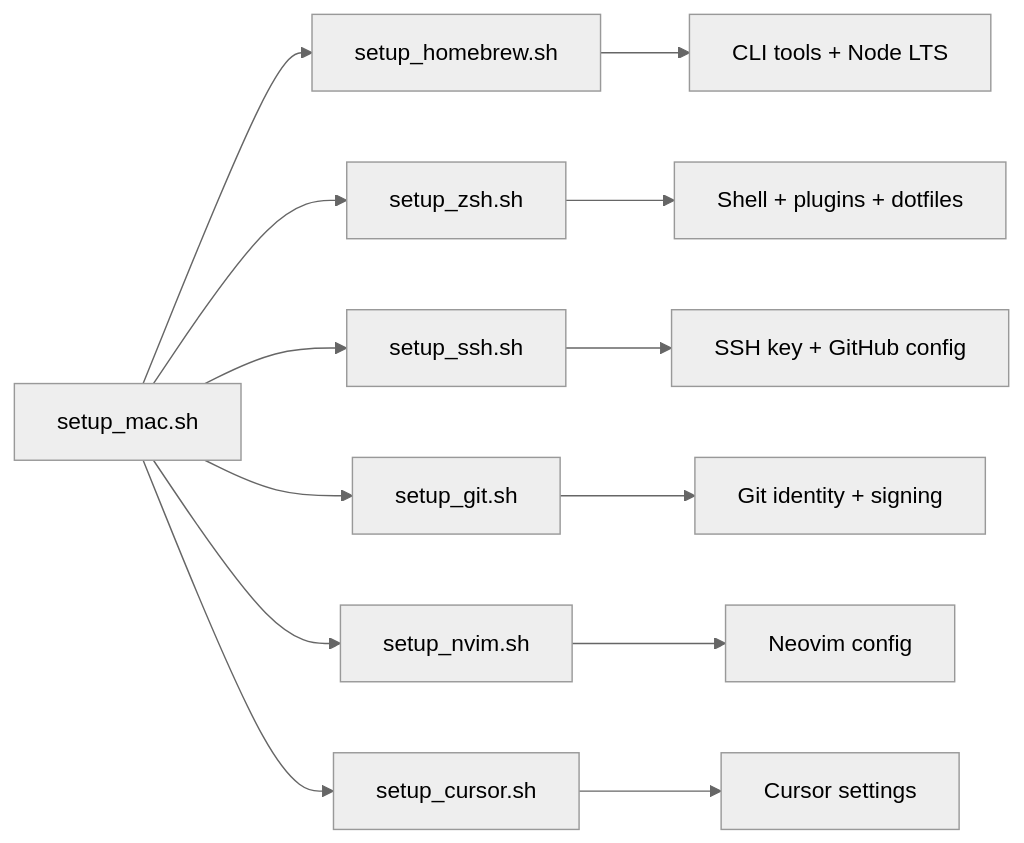
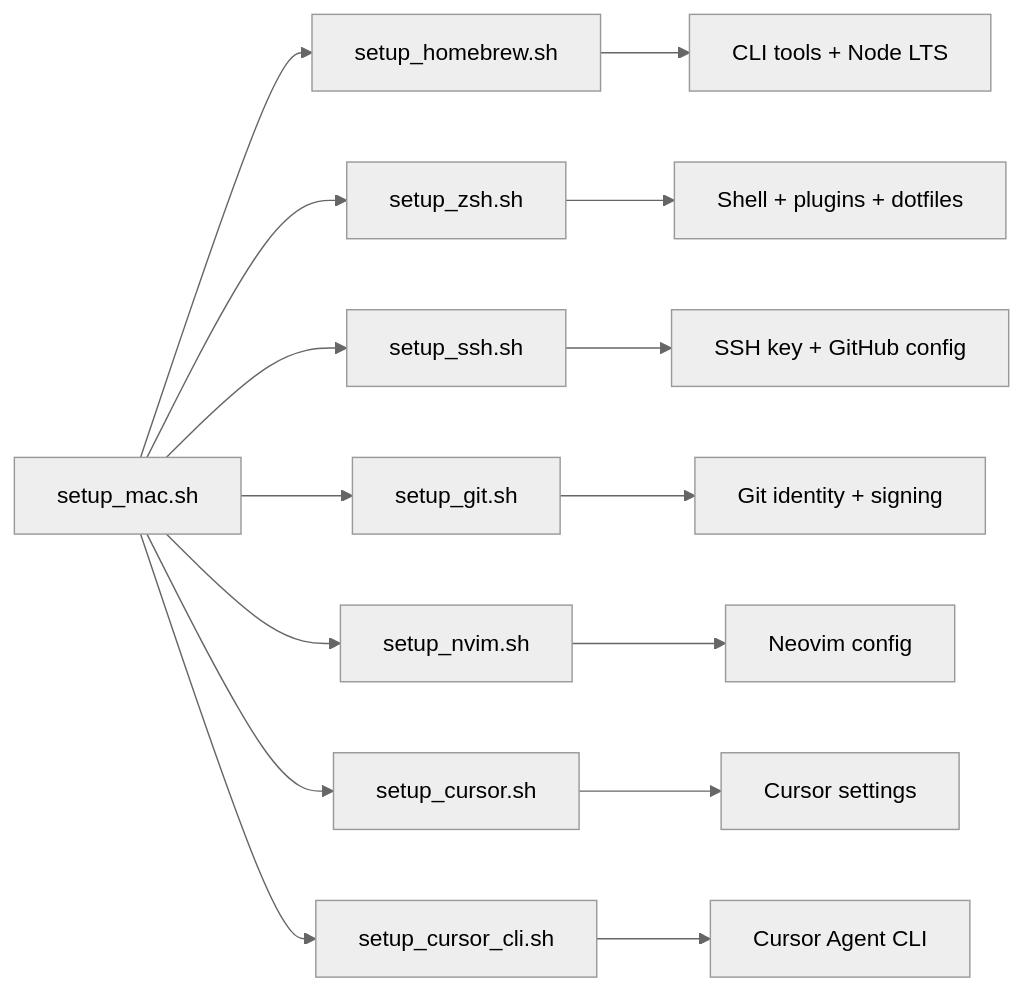
Before and after one commit to igorbrasileiro/setup: the diagram in README.md, drawn with Mermaid (neutral theme). The commit also changed other lines of this file and 11 other files, not shown here.

Commit message:
feat(cursor-cli): add Agent CLI setup and nvim AI migration briefs

````diff
--- a/README.md
+++ b/README.md
@@ -52,15 +52,17 @@
 ```mermaid
 flowchart LR
   A[setup_mac.sh] --> B[setup_homebrew.sh]
   A --> C[setup_zsh.sh]
   A --> D[setup_ssh.sh]
   A --> E[setup_git.sh]
   A --> F[setup_nvim.sh]
   A --> G[setup_cursor.sh]
+  A --> N[setup_cursor_cli.sh]
   B --> H[CLI tools + Node LTS]
   C --> I[Shell + plugins + dotfiles]
   D --> J[SSH key + GitHub config]
   E --> K[Git identity + signing]
   F --> L[Neovim config]
   G --> M[Cursor settings]
+  N --> O[Cursor Agent CLI]
 ```
````
